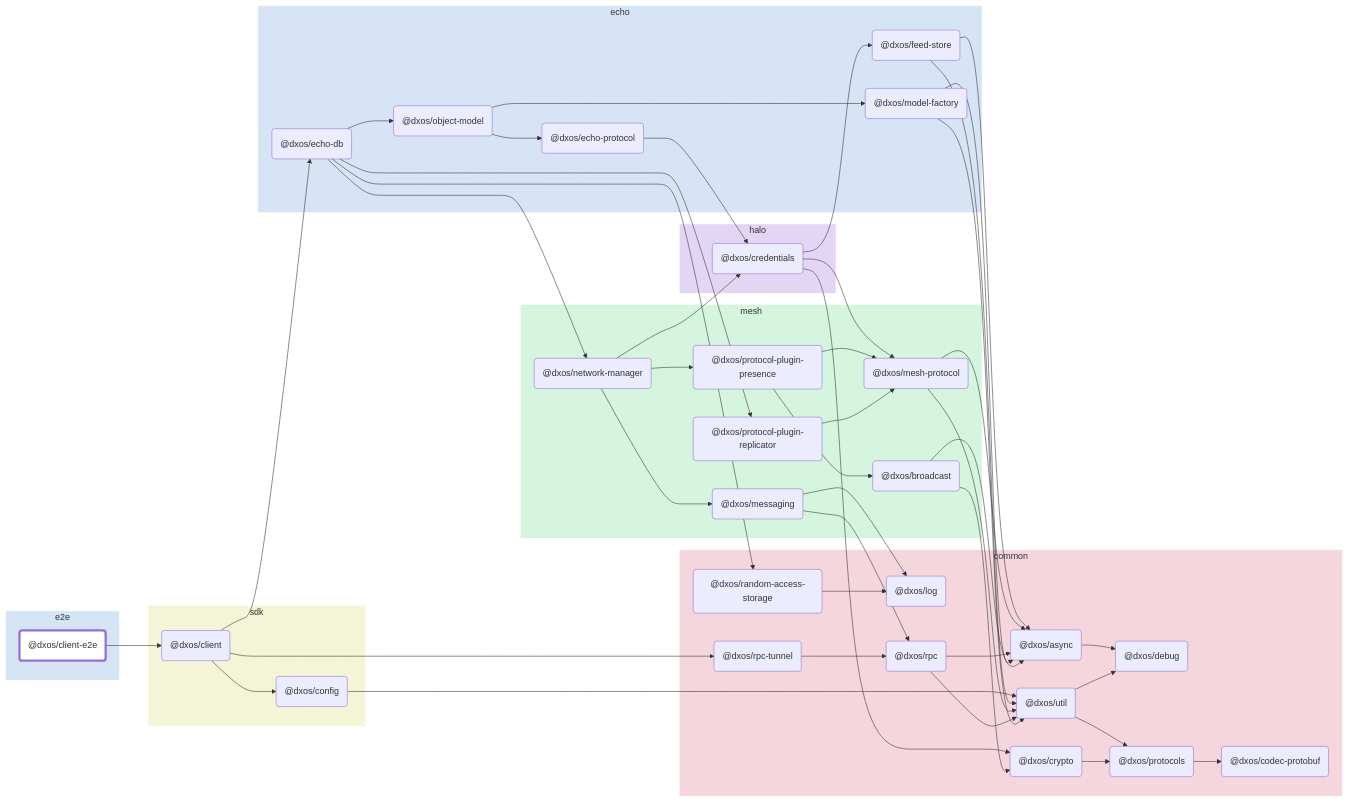
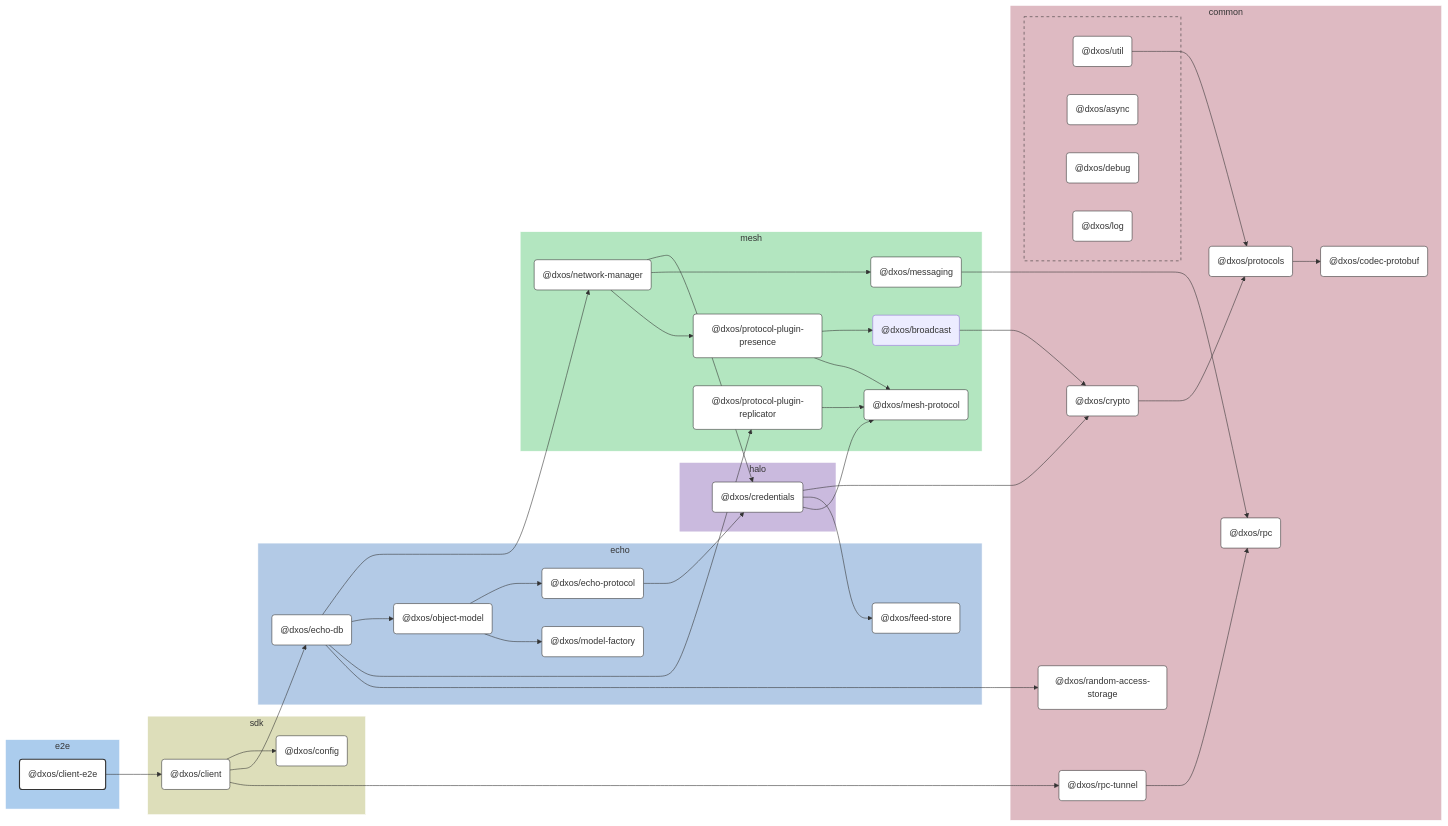
The diagram in e2e/client/docs/README.md (dxos/dxos), drawn with Mermaid before and after one commit. The commit also changed 100 other files, not shown here.

````diff
--- a/e2e/client/docs/README.md
+++ b/e2e/client/docs/README.md
@@ -7,119 +7,151 @@
 ```mermaid
-flowchart LR;
+%%{ init: {'flowchart':{'curve':'basis'}} }%%
 
-style dxos/client-e2e fill:#fff,stroke-width:4px;
+flowchart LR
 
-click dxos/client "https:/github.com/dxos/dxos/tree/main/packages/sdk/client/docs";
-click dxos/async "https:/github.com/dxos/dxos/tree/main/packages/common/async/docs";
-click dxos/codec-protobuf "https:/github.com/dxos/dxos/tree/main/packages/common/codec-protobuf/docs";
-click dxos/config "https:/github.com/dxos/dxos/tree/main/packages/sdk/config/docs";
-click dxos/debug "https:/github.com/dxos/dxos/tree/main/packages/common/debug/docs";
-click dxos/echo-db "https:/github.com/dxos/dxos/tree/main/packages/echo/echo-db/docs";
-click dxos/model-factory "https:/github.com/dxos/dxos/tree/main/packages/echo/model-factory/docs";
-click dxos/protocols "https:/github.com/dxos/dxos/tree/main/packages/common/protocols/docs";
-click dxos/rpc "https:/github.com/dxos/dxos/tree/main/packages/common/rpc/docs";
-click dxos/rpc-tunnel "https:/github.com/dxos/dxos/tree/main/packages/common/rpc-tunnel/docs";
-click dxos/messaging "https:/github.com/dxos/dxos/tree/main/packages/mesh/messaging/docs";
-click dxos/util "https:/github.com/dxos/dxos/tree/main/packages/common/util/docs";
-click dxos/credentials "https:/github.com/dxos/dxos/tree/main/packages/halo/credentials/docs";
-click dxos/crypto "https:/github.com/dxos/dxos/tree/main/packages/common/crypto/docs";
-click dxos/feed-store "https:/github.com/dxos/dxos/tree/main/packages/echo/feed-store/docs";
-click dxos/mesh-protocol "https:/github.com/dxos/dxos/tree/main/packages/mesh/mesh-protocol/docs";
-click dxos/log "https:/github.com/dxos/dxos/tree/main/packages/common/log/docs";
-click dxos/echo-protocol "https:/github.com/dxos/dxos/tree/main/packages/echo/echo-protocol/docs";
-click dxos/network-manager "https:/github.com/dxos/dxos/tree/main/packages/mesh/network-manager/docs";
-click dxos/object-model "https:/github.com/dxos/dxos/tree/main/packages/echo/object-model/docs";
-click dxos/protocol-plugin-presence "https:/github.com/dxos/dxos/tree/main/packages/mesh/protocol-plugin-presence/docs";
-click dxos/protocol-plugin-replicator "https:/github.com/dxos/dxos/tree/main/packages/mesh/protocol-plugin-replicator/docs";
-click dxos/random-access-storage "https:/github.com/dxos/dxos/tree/main/packages/common/random-access-storage/docs";
+%% Links
+dxos/broadcast --> dxos/crypto;
+dxos/client --> dxos/config;
+dxos/client --> dxos/echo-db;
+dxos/client --> dxos/rpc-tunnel;
+dxos/client-e2e --> dxos/client;
+dxos/credentials --> dxos/crypto;
+dxos/credentials --> dxos/feed-store;
+dxos/credentials --> dxos/mesh-protocol;
+dxos/crypto --> dxos/protocols;
+dxos/echo-db --> dxos/network-manager;
+dxos/echo-db --> dxos/object-model;
+dxos/echo-db --> dxos/protocol-plugin-replicator;
+dxos/echo-db --> dxos/random-access-storage;
+dxos/echo-protocol --> dxos/credentials;
+dxos/messaging --> dxos/rpc;
+dxos/network-manager --> dxos/credentials;
+dxos/network-manager --> dxos/messaging;
+dxos/network-manager --> dxos/protocol-plugin-presence;
+dxos/object-model --> dxos/echo-protocol;
+dxos/object-model --> dxos/model-factory;
+dxos/protocol-plugin-presence --> dxos/broadcast;
+dxos/protocol-plugin-presence --> dxos/mesh-protocol;
+dxos/protocol-plugin-replicator --> dxos/mesh-protocol;
+dxos/protocols --> dxos/codec-protobuf;
+dxos/rpc-tunnel --> dxos/rpc;
+dxos/util --> dxos/protocols;
 
+%% Sections
 subgraph e2e
-  style e2e fill:#d6e5f5,stroke:#fff;
-  dxos/client-e2e("@dxos/client-e2e");
+  style e2e fill:#abcced,stroke:#fff;
+
+  dxos/client-e2e("@dxos/client-e2e")
 end
 
 subgraph sdk
-  style sdk fill:#f4f5d6,stroke:#fff;
-  dxos/client("@dxos/client");
-  dxos/config("@dxos/config");
+  style sdk fill:#dddeba,stroke:#fff;
+
+  dxos/client("@dxos/client")
+  dxos/config("@dxos/config")
 end
 
 subgraph common
-  style common fill:#f5d6dd,stroke:#fff;
-  dxos/async("@dxos/async");
-  dxos/debug("@dxos/debug");
-  dxos/codec-protobuf("@dxos/codec-protobuf");
-  dxos/protocols("@dxos/protocols");
-  dxos/util("@dxos/util");
-  dxos/log("@dxos/log");
-  dxos/crypto("@dxos/crypto");
-  dxos/rpc("@dxos/rpc");
-  dxos/random-access-storage("@dxos/random-access-storage");
-  dxos/rpc-tunnel("@dxos/rpc-tunnel");
+  style common fill:#debac2,stroke:#fff;
+
+  dxos/codec-protobuf("@dxos/codec-protobuf")
+  dxos/crypto("@dxos/crypto")
+  dxos/protocols("@dxos/protocols")
+  dxos/random-access-storage("@dxos/random-access-storage")
+  dxos/rpc("@dxos/rpc")
+  dxos/rpc-tunnel("@dxos/rpc-tunnel")
+
+  subgraph common-excluded [ ]
+    style common-excluded fill:#debac2,stroke:#333,stroke-dasharray:5 5;
+
+    dxos/async("@dxos/async")
+    dxos/debug("@dxos/debug")
+    dxos/log("@dxos/log")
+    dxos/util("@dxos/util")
+  end
 end
 
 subgraph echo
-  style echo fill:#d6e4f5,stroke:#fff;
-  dxos/echo-db("@dxos/echo-db");
-  dxos/feed-store("@dxos/feed-store");
-  dxos/echo-protocol("@dxos/echo-protocol");
-  dxos/model-factory("@dxos/model-factory");
-  dxos/object-model("@dxos/object-model");
+  style echo fill:#b3cae6,stroke:#fff;
+
+  dxos/echo-db("@dxos/echo-db")
+  dxos/echo-protocol("@dxos/echo-protocol")
+  dxos/feed-store("@dxos/feed-store")
+  dxos/model-factory("@dxos/model-factory")
+  dxos/object-model("@dxos/object-model")
 end
 
 subgraph halo
-  style halo fill:#e3d6f5,stroke:#fff;
-  dxos/credentials("@dxos/credentials");
+  style halo fill:#cabade,stroke:#fff;
+
+  dxos/credentials("@dxos/credentials")
 end
 
 subgraph mesh
-  style mesh fill:#d6f5de,stroke:#fff;
-  dxos/mesh-protocol("@dxos/mesh-protocol");
-  dxos/messaging("@dxos/messaging");
-  dxos/network-manager("@dxos/network-manager");
-  dxos/protocol-plugin-presence("@dxos/protocol-plugin-presence");
-  dxos/broadcast("@dxos/broadcast");
-  dxos/protocol-plugin-replicator("@dxos/protocol-plugin-replicator");
+  style mesh fill:#b3e6c0,stroke:#fff;
+
+  dxos/broadcast("@dxos/broadcast")
+  dxos/mesh-protocol("@dxos/mesh-protocol")
+  dxos/messaging("@dxos/messaging")
+  dxos/network-manager("@dxos/network-manager")
+  dxos/protocol-plugin-presence("@dxos/protocol-plugin-presence")
+  dxos/protocol-plugin-replicator("@dxos/protocol-plugin-replicator")
 end
 
-dxos/client-e2e --> dxos/client;
-dxos/async --> dxos/debug;
-dxos/client --> dxos/config;
-dxos/protocols --> dxos/codec-protobuf;
-dxos/config --> dxos/util;
-dxos/util --> dxos/debug;
-dxos/util --> dxos/protocols;
-dxos/client --> dxos/echo-db;
-dxos/credentials --> dxos/crypto;
-dxos/crypto --> dxos/protocols;
-dxos/credentials --> dxos/feed-store;
-dxos/feed-store --> dxos/async;
-dxos/feed-store --> dxos/util;
-dxos/credentials --> dxos/mesh-protocol;
-dxos/mesh-protocol --> dxos/async;
-dxos/mesh-protocol --> dxos/util;
-dxos/echo-protocol --> dxos/credentials;
-dxos/messaging --> dxos/log;
-dxos/messaging --> dxos/rpc;
-dxos/rpc --> dxos/async;
-dxos/rpc --> dxos/util;
-dxos/model-factory --> dxos/async;
-dxos/model-factory --> dxos/util;
-dxos/echo-db --> dxos/network-manager;
-dxos/network-manager --> dxos/credentials;
-dxos/network-manager --> dxos/messaging;
-dxos/network-manager --> dxos/protocol-plugin-presence;
-dxos/protocol-plugin-presence --> dxos/broadcast;
-dxos/broadcast --> dxos/async;
-dxos/broadcast --> dxos/crypto;
-dxos/protocol-plugin-presence --> dxos/mesh-protocol;
-dxos/echo-db --> dxos/object-model;
-dxos/object-model --> dxos/echo-protocol;
-dxos/object-model --> dxos/model-factory;
-dxos/echo-db --> dxos/protocol-plugin-replicator;
-dxos/protocol-plugin-replicator --> dxos/mesh-protocol;
-dxos/echo-db --> dxos/random-access-storage;
-dxos/random-access-storage --> dxos/log;
-dxos/client --> dxos/rpc-tunnel;
-dxos/rpc-tunnel --> dxos/rpc;
+
+%% Hyperlinks
+click dxos/async href "https:/github.com/dxos/dxos/tree/main/packages/common/async/docs";
+click dxos/client href "https:/github.com/dxos/dxos/tree/main/packages/sdk/client/docs";
+click dxos/codec-protobuf href "https:/github.com/dxos/dxos/tree/main/packages/common/codec-protobuf/docs";
+click dxos/config href "https:/github.com/dxos/dxos/tree/main/packages/sdk/config/docs";
+click dxos/credentials href "https:/github.com/dxos/dxos/tree/main/packages/halo/credentials/docs";
+click dxos/crypto href "https:/github.com/dxos/dxos/tree/main/packages/common/crypto/docs";
+click dxos/debug href "https:/github.com/dxos/dxos/tree/main/packages/common/debug/docs";
+click dxos/echo-db href "https:/github.com/dxos/dxos/tree/main/packages/echo/echo-db/docs";
+click dxos/echo-protocol href "https:/github.com/dxos/dxos/tree/main/packages/echo/echo-protocol/docs";
+click dxos/feed-store href "https:/github.com/dxos/dxos/tree/main/packages/echo/feed-store/docs";
+click dxos/log href "https:/github.com/dxos/dxos/tree/main/packages/common/log/docs";
+click dxos/mesh-protocol href "https:/github.com/dxos/dxos/tree/main/packages/mesh/mesh-protocol/docs";
+click dxos/messaging href "https:/github.com/dxos/dxos/tree/main/packages/mesh/messaging/docs";
+click dxos/model-factory href "https:/github.com/dxos/dxos/tree/main/packages/echo/model-factory/docs";
+click dxos/network-manager href "https:/github.com/dxos/dxos/tree/main/packages/mesh/network-manager/docs";
+click dxos/object-model href "https:/github.com/dxos/dxos/tree/main/packages/echo/object-model/docs";
+click dxos/protocol-plugin-presence href "https:/github.com/dxos/dxos/tree/main/packages/mesh/protocol-plugin-presence/docs";
+click dxos/protocol-plugin-replicator href "https:/github.com/dxos/dxos/tree/main/packages/mesh/protocol-plugin-replicator/docs";
+click dxos/protocols href "https:/github.com/dxos/dxos/tree/main/packages/common/protocols/docs";
+click dxos/random-access-storage href "https:/github.com/dxos/dxos/tree/main/packages/common/random-access-storage/docs";
+click dxos/rpc href "https:/github.com/dxos/dxos/tree/main/packages/common/rpc/docs";
+click dxos/rpc-tunnel href "https:/github.com/dxos/dxos/tree/main/packages/common/rpc-tunnel/docs";
+click dxos/util href "https:/github.com/dxos/dxos/tree/main/packages/common/util/docs";
+
+%% Styles
+classDef rootNode fill:#fff,stroke:#333,stroke-width:2px
+classDef defaultNode fill:#fff,stroke:#333,stroke-width:1px
+linkStyle default stroke:#333,stroke-width:1px
+
+dxos/client-e2e:::rootNode
+
+dxos/async:::defaultNode
+dxos/client:::defaultNode
+dxos/codec-protobuf:::defaultNode
+dxos/config:::defaultNode
+dxos/credentials:::defaultNode
+dxos/crypto:::defaultNode
+dxos/debug:::defaultNode
+dxos/echo-db:::defaultNode
+dxos/echo-protocol:::defaultNode
+dxos/feed-store:::defaultNode
+dxos/log:::defaultNode
+dxos/mesh-protocol:::defaultNode
+dxos/messaging:::defaultNode
+dxos/model-factory:::defaultNode
+dxos/network-manager:::defaultNode
+dxos/object-model:::defaultNode
+dxos/protocol-plugin-presence:::defaultNode
+dxos/protocol-plugin-replicator:::defaultNode
+dxos/protocols:::defaultNode
+dxos/random-access-storage:::defaultNode
+dxos/rpc:::defaultNode
+dxos/rpc-tunnel:::defaultNode
+dxos/util:::defaultNode
 ```
````
